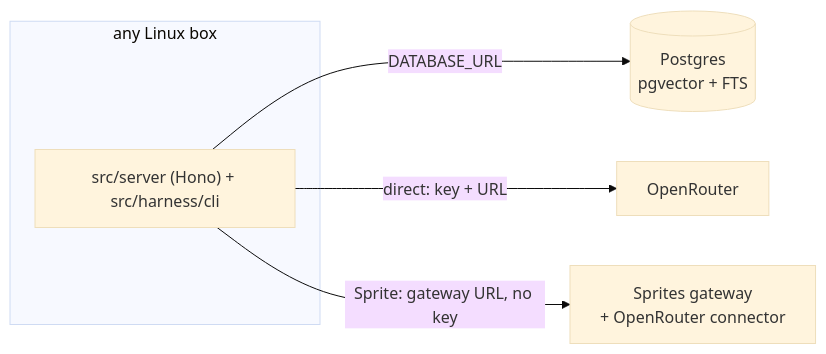
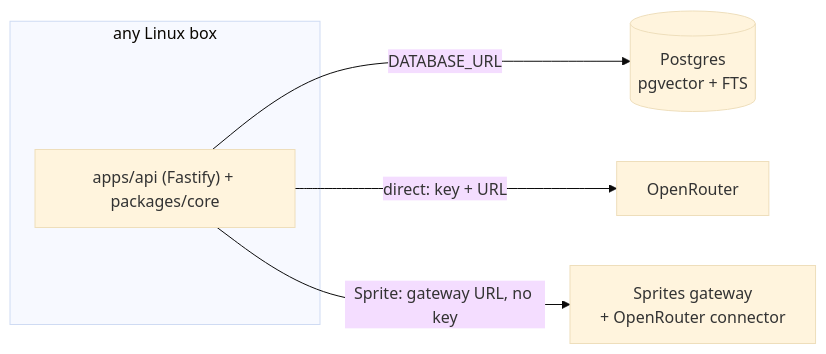
One commit to SouravInsights/curio changed the diagram in docs/deployment.md. Above: the diagram before and after it, drawn with Mermaid (base theme). The commit also changed 125 other files, not shown here.

First line of the commit message:
Restructure into a Turborepo with a Fastify API

````diff
--- a/docs/deployment.md
+++ b/docs/deployment.md
@@ -7,9 +7,9 @@
 ```mermaid
 flowchart LR
     subgraph BOX["any Linux box"]
-        RT["src/server (Hono) + src/harness/cli"]
+        RT["apps/api (Fastify) + packages/core"]
     end
     RT -->|DATABASE_URL| PG[("Postgres<br/>pgvector + FTS")]
     RT -->|"direct: key + URL"| OR["OpenRouter"]
     RT -->|"Sprite: gateway URL, no key"| GW["Sprites gateway<br/>+ OpenRouter connector"]
 ```
````
